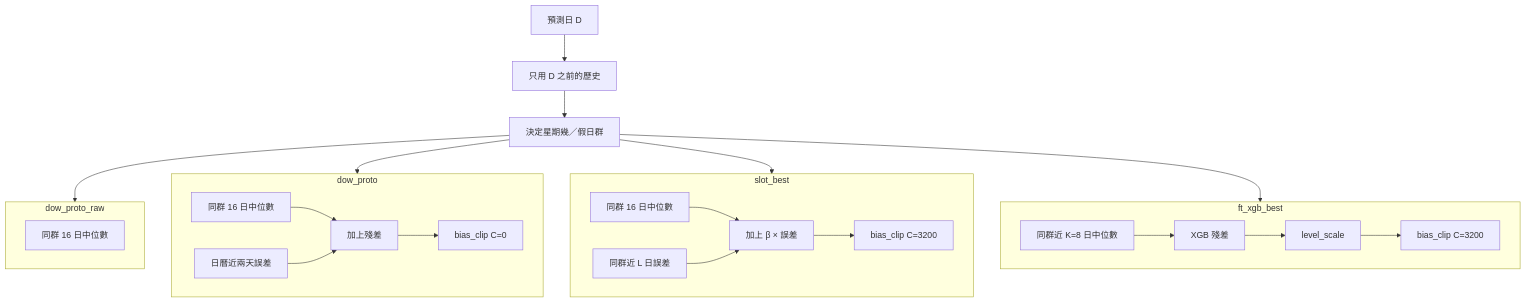
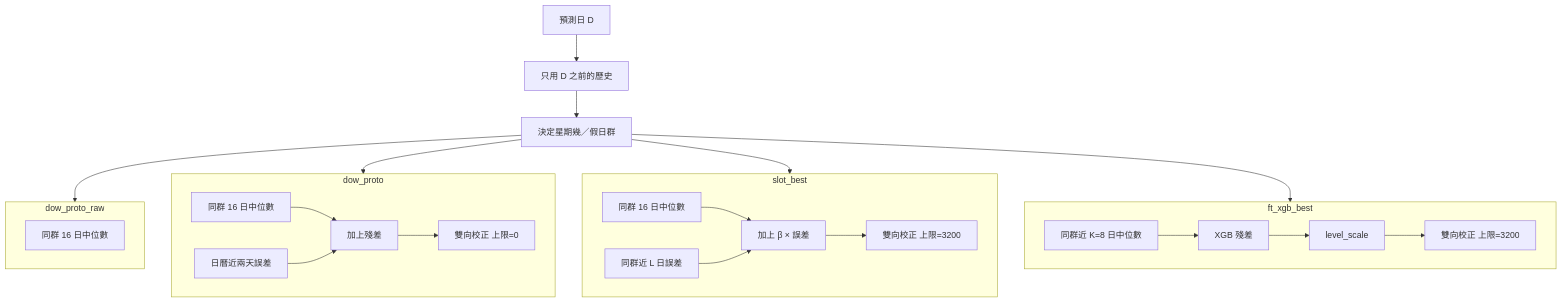
One commit to CMYang95/taipower-10min-load-forecast changed the diagram in discrete_dow_cluster/README_模型架構.md. Above: the diagram before and after it, drawn with Mermaid. The commit also changed other lines of this file and 1 other file, not shown here.

````diff
--- a/discrete_dow_cluster/README_模型架構.md
+++ b/discrete_dow_cluster/README_模型架構.md
@@ -265,42 +238,42 @@
 ```mermaid
 flowchart TD
   start[預測日 D]
   cut[只用 D 之前的歷史]
   cl[決定星期幾／假日群]
   start --> cut --> cl
 
   subgraph raw [dow_proto_raw]
     m16[同群 16 日中位數]
   end
 
   subgraph resid [dow_proto]
     m16b[同群 16 日中位數]
     cal[日曆近兩天誤差]
     add1[加上殘差]
-    pen1[bias_clip C=0]
+    pen1[雙向校正 上限=0]
     m16b --> add1
     cal --> add1 --> pen1
   end
 
   subgraph slot [slot_best]
     m16c[同群 16 日中位數]
     same[同群近 L 日誤差]
     add2[加上 β × 誤差]
-    pen2[bias_clip C=3200]
+    pen2[雙向校正 上限=3200]
     m16c --> add2
     same --> add2 --> pen2
   end
 
   subgraph ftx [ft_xgb_best]
     mk2[同群近 K=8 日中位數]
     xgb[XGB 殘差]
     ls[level_scale]
-    pen3[bias_clip C=3200]
+    pen3[雙向校正 上限=3200]
     mk2 --> xgb --> ls --> pen3
   end
 
   cl --> raw
   cl --> resid
   cl --> slot
   cl --> ftx
 ```
````
